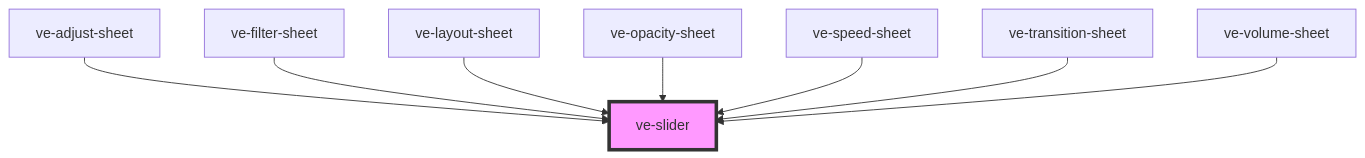
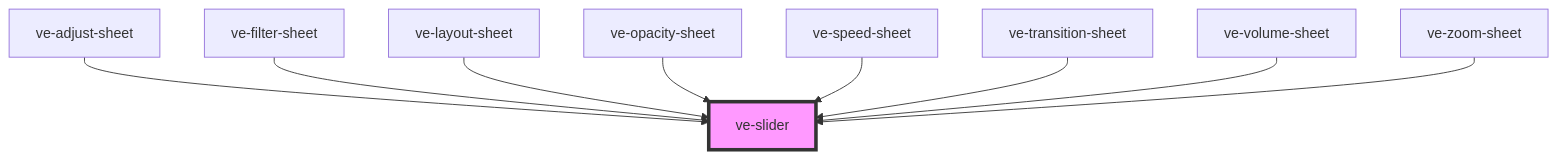
Before and after one commit to dotnetdreamer/capacitor-video-kit: the diagram in src/components/ve-slider/readme.md, drawn with Mermaid. The commit also changed other lines of this file and 66 other files, not shown here.

````diff
--- a/src/components/ve-slider/readme.md
+++ b/src/components/ve-slider/readme.md
@@ -86,11 +87,12 @@
 ```mermaid
 graph TD;
   ve-adjust-sheet --> ve-slider
   ve-filter-sheet --> ve-slider
   ve-layout-sheet --> ve-slider
   ve-opacity-sheet --> ve-slider
   ve-speed-sheet --> ve-slider
   ve-transition-sheet --> ve-slider
   ve-volume-sheet --> ve-slider
+  ve-zoom-sheet --> ve-slider
   style ve-slider fill:#f9f,stroke:#333,stroke-width:4px
 ```
````
